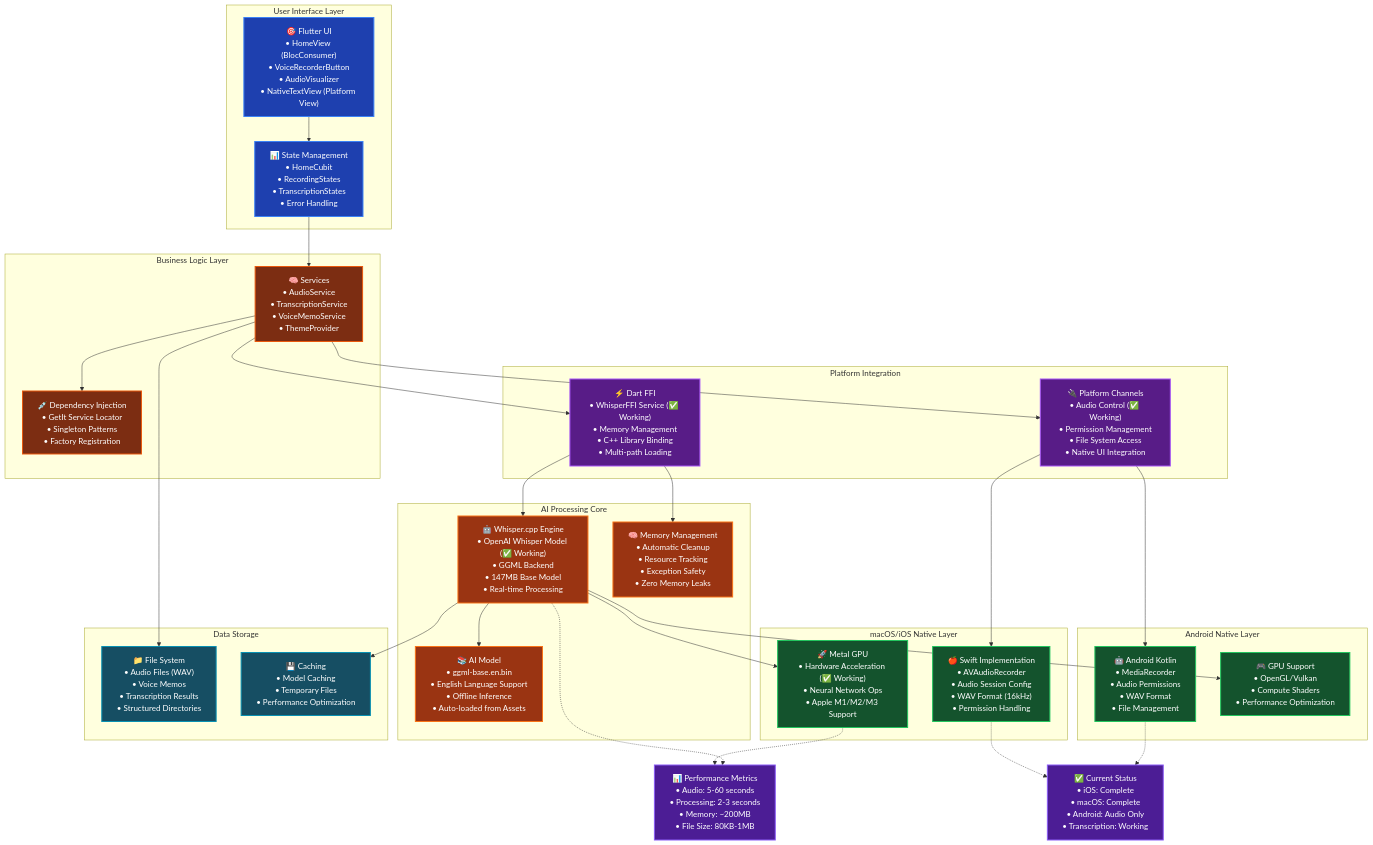
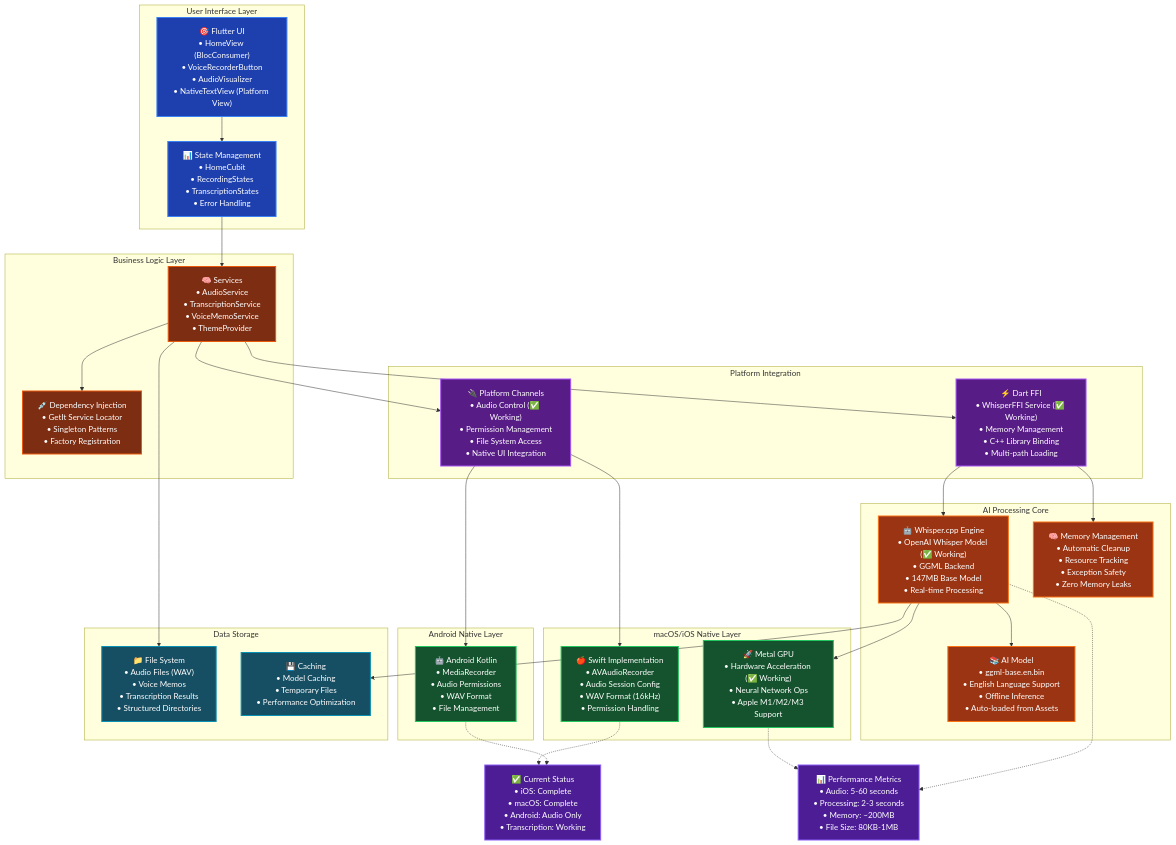
The second of 5 diagrams in docs/guides/visual_architecture.md (esrakadah/flutter_voice_bridge), drawn with Mermaid before and after one commit. The commit also changed other lines of this file and 10 other files, not shown here.

```diff
--- a/docs/guides/visual_architecture.md
+++ b/docs/guides/visual_architecture.md
@@ -196,7 +196,6 @@
     subgraph "Android Native Layer"
         Kotlin["🤖 Android Kotlin<br/>• MediaRecorder<br/>• Audio Permissions<br/>• WAV Format<br/>• File Management"]
         
-        OpenGL["🎮 GPU Support<br/>• OpenGL/Vulkan<br/>• Compute Shaders<br/>• Performance Optimization"]
     end
     
     subgraph "AI Processing Core"
@@ -233,7 +232,6 @@
     %% AI Model Connections
     Whisper --> Model
     Whisper --> Metal
-    Whisper --> OpenGL
     
     %% Data Flow
     BL --> Files
@@ -262,7 +260,7 @@
     class UI,States ui
     class BL,DI business
     class PC,FFI platform
-    class Swift,Kotlin,Metal,OpenGL native
+    class Swift,Kotlin,Metal native
     class Whisper,Model,Memory ai
     class Files,Cache data
     class Performance,Status metrics
```
